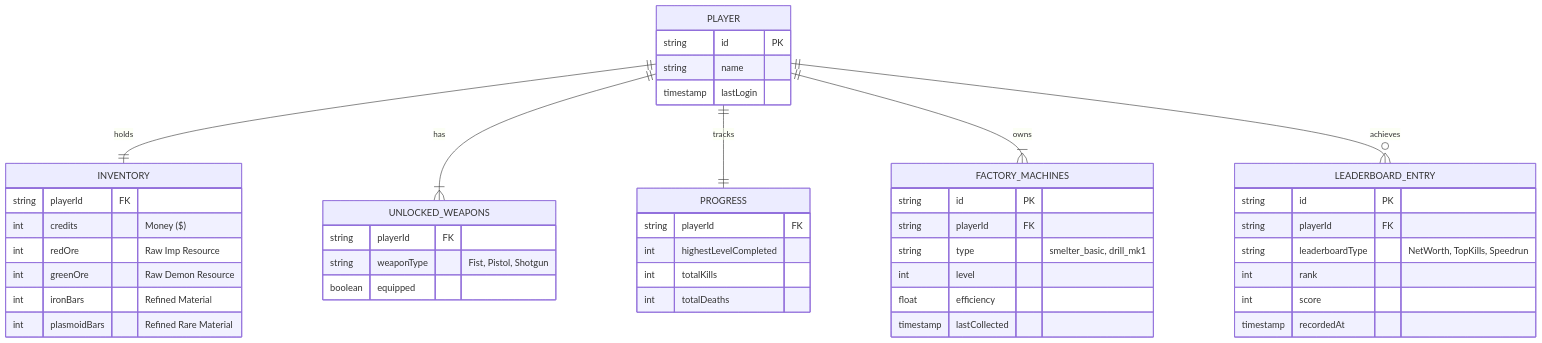
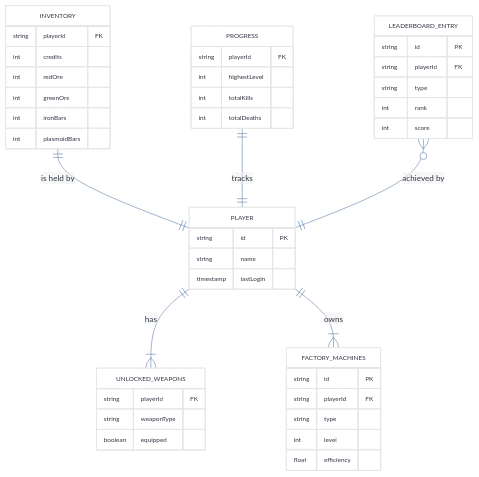
One commit to quackextractor/web-fps changed the second of 2 diagrams in docs/analysis-phase2.md. Above: the diagram before and after it, drawn with Mermaid.

````diff
--- a/docs/analysis-phase2.md
+++ b/docs/analysis-phase2.md
@@ -211,54 +211,69 @@
 ```mermaid
+%%{
+  init: {
+    'theme': 'base',
+    'themeVariables': {
+      'primaryColor': '#fff',
+      'primaryTextColor': '#2e3440',
+      'lineColor': '#5e81ac',
+      'tertiaryColor': '#f0f0f0',
+      'fontSize': '11px'
+    }
+  }
+}%%
 erDiagram
-    PLAYER ||--|| INVENTORY : holds
-    PLAYER ||--|{ UNLOCKED_WEAPONS : has
-    PLAYER ||--|| PROGRESS : tracks
-    PLAYER ||--|{ FACTORY_MACHINES : owns
-    PLAYER ||--o{ LEADERBOARD_ENTRY : achieves
+    %% --- UPSTREAM ENTITIES (Rendered Above Player) ---
+    INVENTORY ||--|| PLAYER : "is held by"
+    PROGRESS ||--|| PLAYER : "tracks"
+    LEADERBOARD_ENTRY }o--|| PLAYER : "achieved by"
 
+    %% --- CENTRAL NODE ---
     PLAYER {
         string id PK
         string name
         timestamp lastLogin
     }
 
+    %% --- DOWNSTREAM ENTITIES (Rendered Below Player) ---
+    PLAYER ||--|{ UNLOCKED_WEAPONS : has
+    PLAYER ||--|{ FACTORY_MACHINES : owns
+
+    %% --- DEFINITIONS ---
     INVENTORY {
         string playerId FK
-        int credits "Money ($)"
-        int redOre "Raw Imp Resource"
-        int greenOre "Raw Demon Resource"
-        int ironBars "Refined Material"
-        int plasmoidBars "Refined Rare Material"
-    }
-
-    FACTORY_MACHINES {
-        string id PK
-        string playerId FK
-        string type "smelter_basic, drill_mk1"
-        int level
-        float efficiency
-        timestamp lastCollected
-    }
-
-    UNLOCKED_WEAPONS {
-        string playerId FK
-        string weaponType "Fist, Pistol, Shotgun"
-        boolean equipped
+        int credits
+        int redOre
+        int greenOre
+        int ironBars
+        int plasmoidBars
     }
 
     PROGRESS {
         string playerId FK
-        int highestLevelCompleted
+        int highestLevel
         int totalKills
         int totalDeaths
     }
 
     LEADERBOARD_ENTRY {
         string id PK
         string playerId FK
-        string leaderboardType "NetWorth, TopKills, Speedrun"
+        string type
         int rank
         int score
-        timestamp recordedAt
+    }
+
+    UNLOCKED_WEAPONS {
+        string playerId FK
+        string weaponType
+        boolean equipped
+    }
+
+    FACTORY_MACHINES {
+        string id PK
+        string playerId FK
+        string type
+        int level
+        float efficiency
     }
 ```
````
